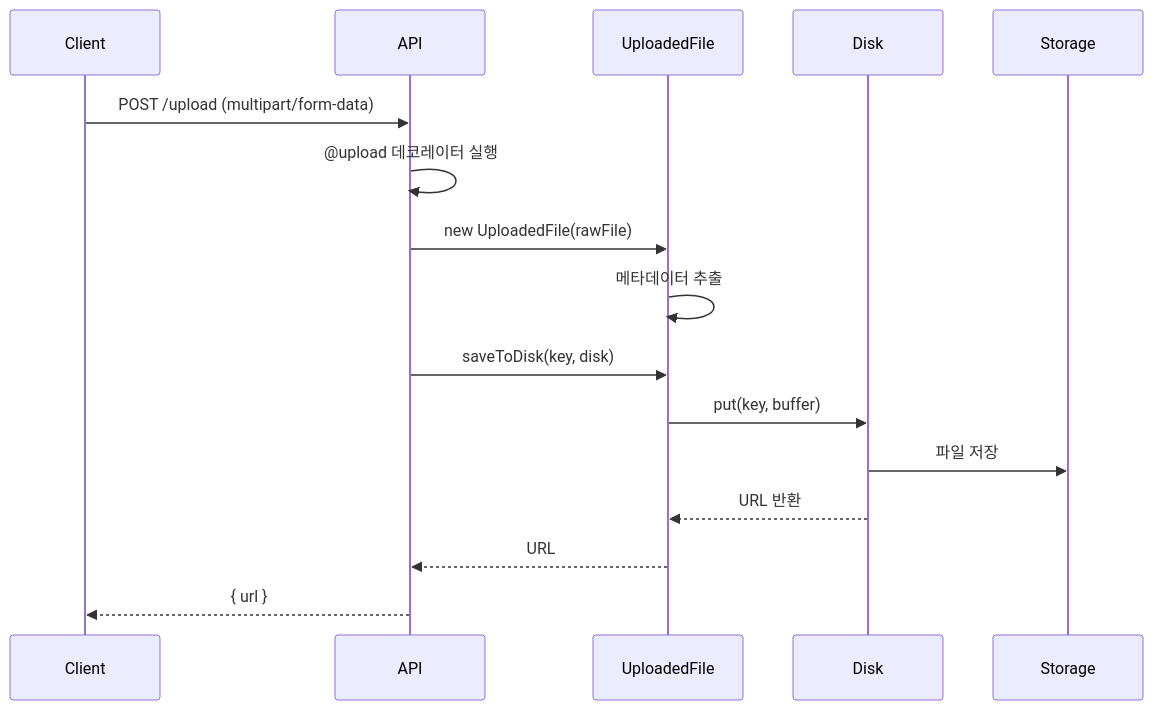
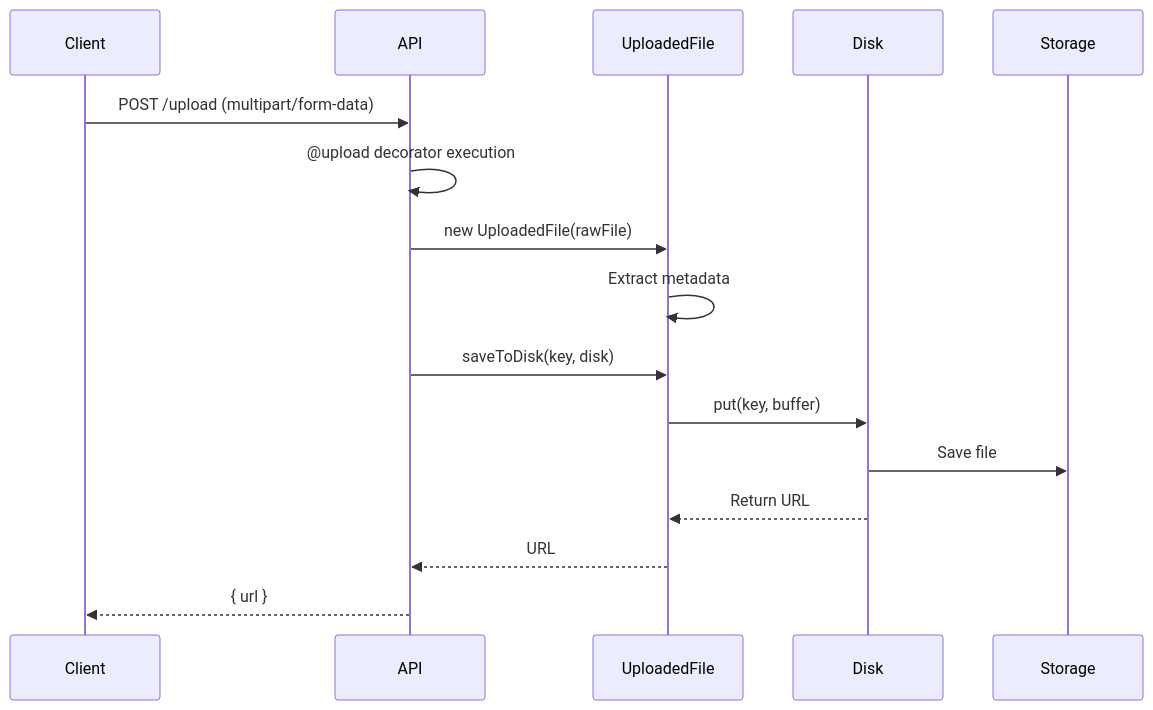
The diagram in modules/docs/en/advanced-features/storage/file-operations.mdx (cartanova-ai/sonamu), drawn with Mermaid before and after one commit. The commit also changed other lines of this file and 86 other files, not shown here.

````diff
--- a/modules/docs/en/advanced-features/storage/file-operations.mdx
+++ b/modules/docs/en/advanced-features/storage/file-operations.mdx
@@ -10,19 +10,19 @@
 ```mermaid
 sequenceDiagram
     participant Client
     participant API
     participant UploadedFile
     participant Disk
     participant Storage
 
     Client->>API: POST /upload (multipart/form-data)
-    API->>API: @upload 데코레이터 실행
+    API->>API: @upload decorator execution
     API->>UploadedFile: new UploadedFile(rawFile)
-    UploadedFile->>UploadedFile: 메타데이터 추출
+    UploadedFile->>UploadedFile: Extract metadata
     API->>UploadedFile: saveToDisk(key, disk)
     UploadedFile->>Disk: put(key, buffer)
-    Disk->>Storage: 파일 저장
-    Disk-->>UploadedFile: URL 반환
+    Disk->>Storage: Save file
+    Disk-->>UploadedFile: Return URL
     UploadedFile-->>API: URL
     API-->>Client: { url }
 ```
````
